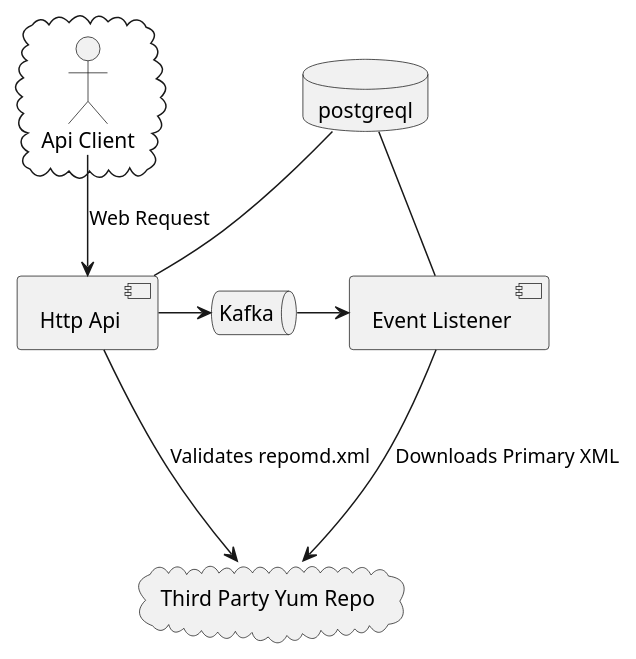
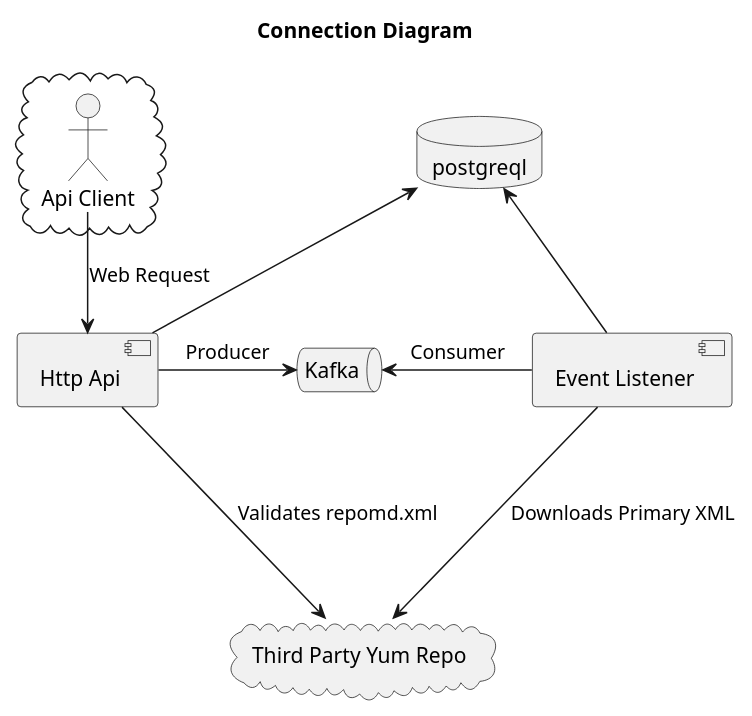
One commit to content-services/content-sources-backend changed the diagram in docs/architecture.puml. Above: the diagram before and after it, drawn with PlantUML. The commit also changed 4 other files, not shown here.

```diff
--- a/docs/architecture.puml
+++ b/docs/architecture.puml
@@ -1,23 +1,23 @@
 @startuml
 'https://plantuml.com/deployment-diagram
-
+title Connection Diagram
 database postgreql
 queue Kafka as kafka
 cloud {
   actor "Api Client" as user
 }
 
 cloud "Third Party Yum Repo" as yumRepo
 
 component "Http Api" as api
 component "Event Listener" as eventListener
 
 
 user --> api : "Web Request"
-api -up- postgreql
+api -up-> postgreql
 api --> yumRepo: "Validates repomd.xml"
-api -right-> kafka
-kafka -right-> eventListener
-eventListener -up- postgreql
+api -right-> kafka: Producer
+kafka <-right- eventListener: Consumer
+eventListener -up-> postgreql
 eventListener ---> yumRepo: Downloads Primary XML
 @enduml
```
